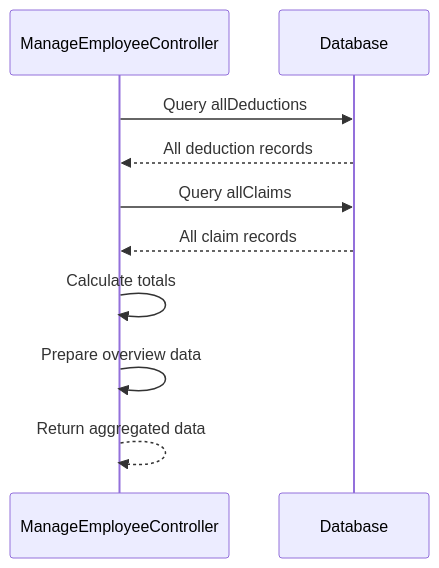
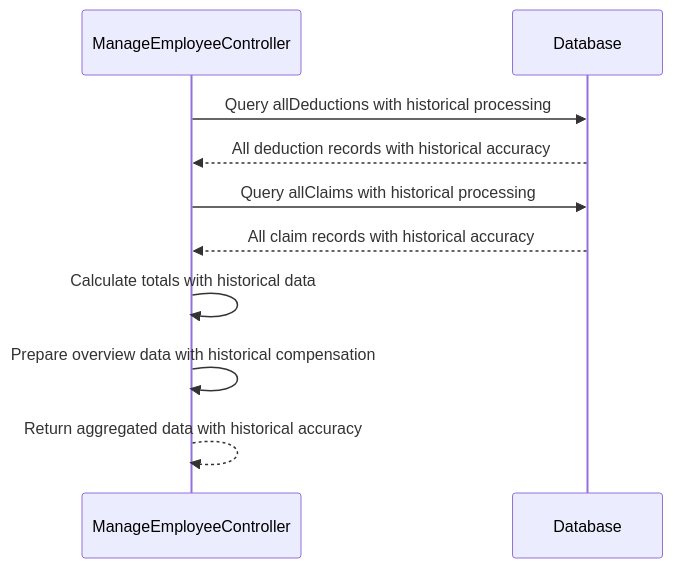
One commit to vincet0t15/template changed diagram 12 of 19 in .qoder/repowiki/en/content/Employee Management/Employee Compensation Management.md. Above: the diagram before and after it, drawn with Mermaid. The commit also changed other lines of this file and 11 other files, not shown here.

````diff
--- a/.qoder/repowiki/en/content/Employee Management/Employee Compensation Management.md
+++ b/.qoder/repowiki/en/content/Employee Management/Employee Compensation Management.md
@@ -597,12 +751,12 @@
 ```mermaid
 sequenceDiagram
 participant Controller as ManageEmployeeController
 participant Database as Database
-Controller->>Database : Query allDeductions
-Database-->>Controller : All deduction records
-Controller->>Database : Query allClaims
-Database-->>Controller : All claim records
-Controller->>Controller : Calculate totals
-Controller->>Controller : Prepare overview data
-Controller-->>Controller : Return aggregated data
+Controller->>Database : Query allDeductions with historical processing
+Database-->>Controller : All deduction records with historical accuracy
+Controller->>Database : Query allClaims with historical processing
+Database-->>Controller : All claim records with historical accuracy
+Controller->>Controller : Calculate totals with historical data
+Controller->>Controller : Prepare overview data with historical compensation
+Controller-->>Controller : Return aggregated data with historical accuracy
 ```
````
